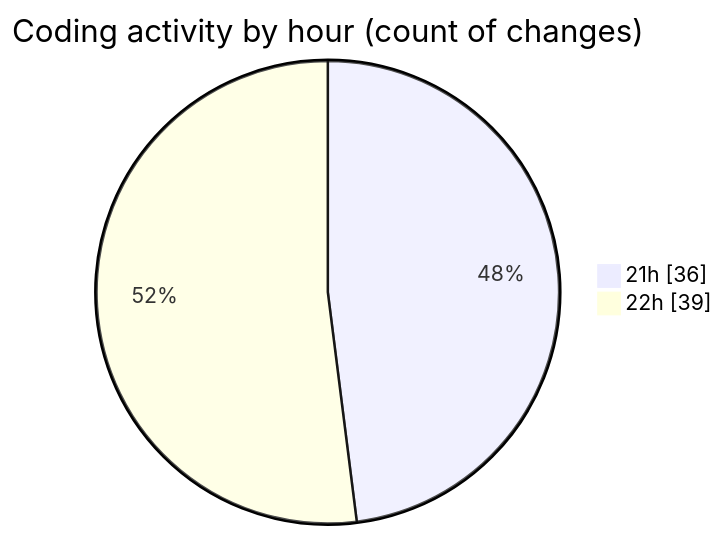
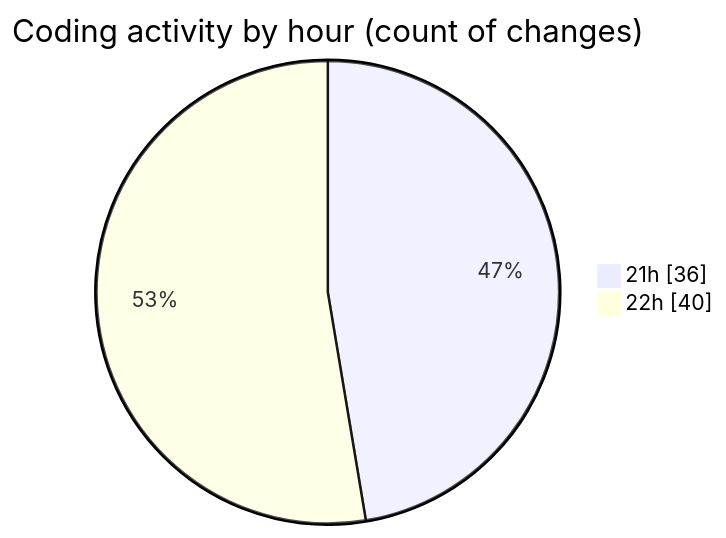
The second of 2 diagrams in 2025-03-10/termonied_testador/README.md (robertbonfada/code-tracking), drawn with Mermaid before and after one commit. The commit also changed other lines of this file and 1 other file, not shown here.

````diff
--- a/2025-03-10/termonied_testador/README.md
+++ b/2025-03-10/termonied_testador/README.md
@@ -37,6 +37,6 @@
 ```mermaid
 pie showData
 title Coding activity by hour (count of changes)
 "21h" : 36
-"22h" : 39
+"22h" : 40
 ```
````
